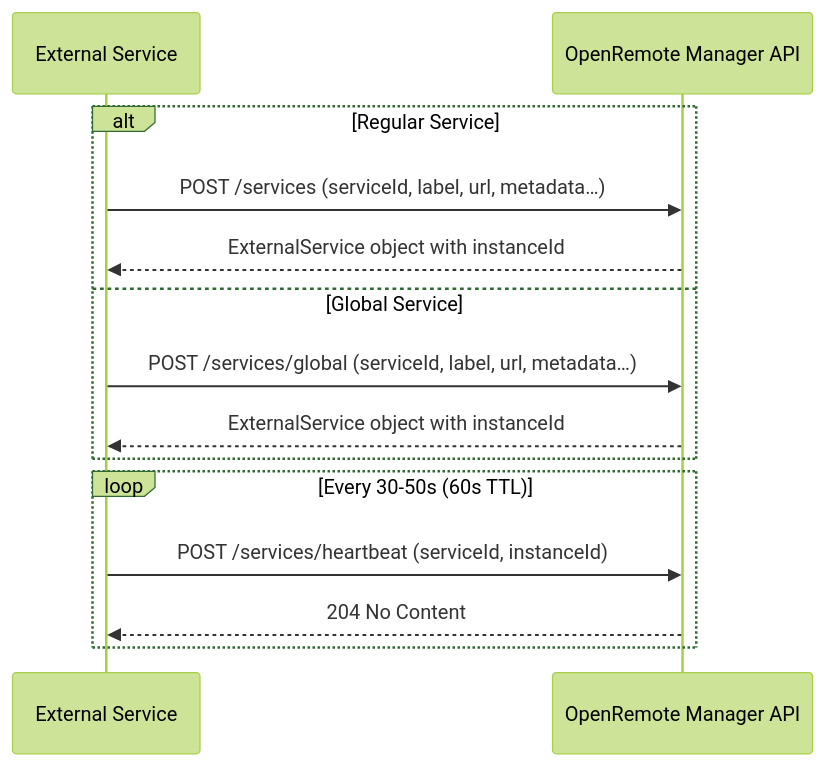
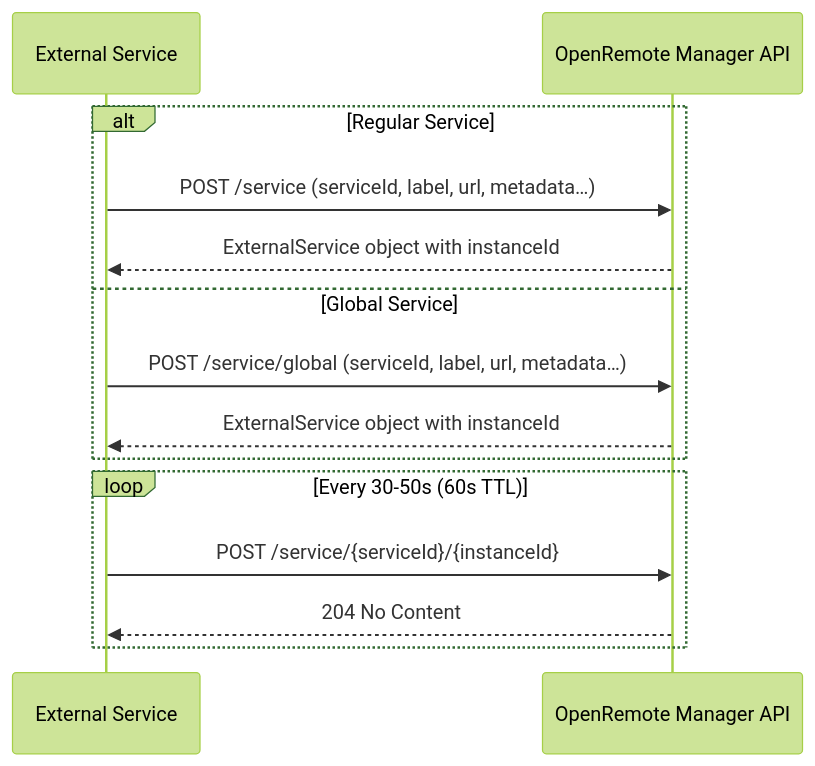
Before and after one commit to openremote/documentation: the diagram in docs/developer-guide/external-services.md, drawn with Mermaid (forest theme). The commit also changed other lines of this file, not shown here.

Commit message:
Resolve incorrect API path in external services documentation (#105)

````diff
--- a/docs/developer-guide/external-services.md
+++ b/docs/developer-guide/external-services.md
@@ -173,18 +173,18 @@
 ```mermaid
 sequenceDiagram
     participant Service as External Service
     participant OR as OpenRemote Manager API
 
     alt Regular Service
-        Service->>OR: POST /services (serviceId, label, url, metadata…)
+        Service->>OR: POST /service (serviceId, label, url, metadata…)
         OR-->>Service: ExternalService object with instanceId
     else Global Service
-        Service->>OR: POST /services/global (serviceId, label, url, metadata…)
+        Service->>OR: POST /service/global (serviceId, label, url, metadata…)
         OR-->>Service: ExternalService object with instanceId
     end
 
     loop Every 30-50s (60s TTL)
-        Service->>OR: POST /services/heartbeat (serviceId, instanceId)
+        Service->>OR: POST /service/{serviceId}/{instanceId}
         OR-->>Service: 204 No Content
     end
 ```
````
